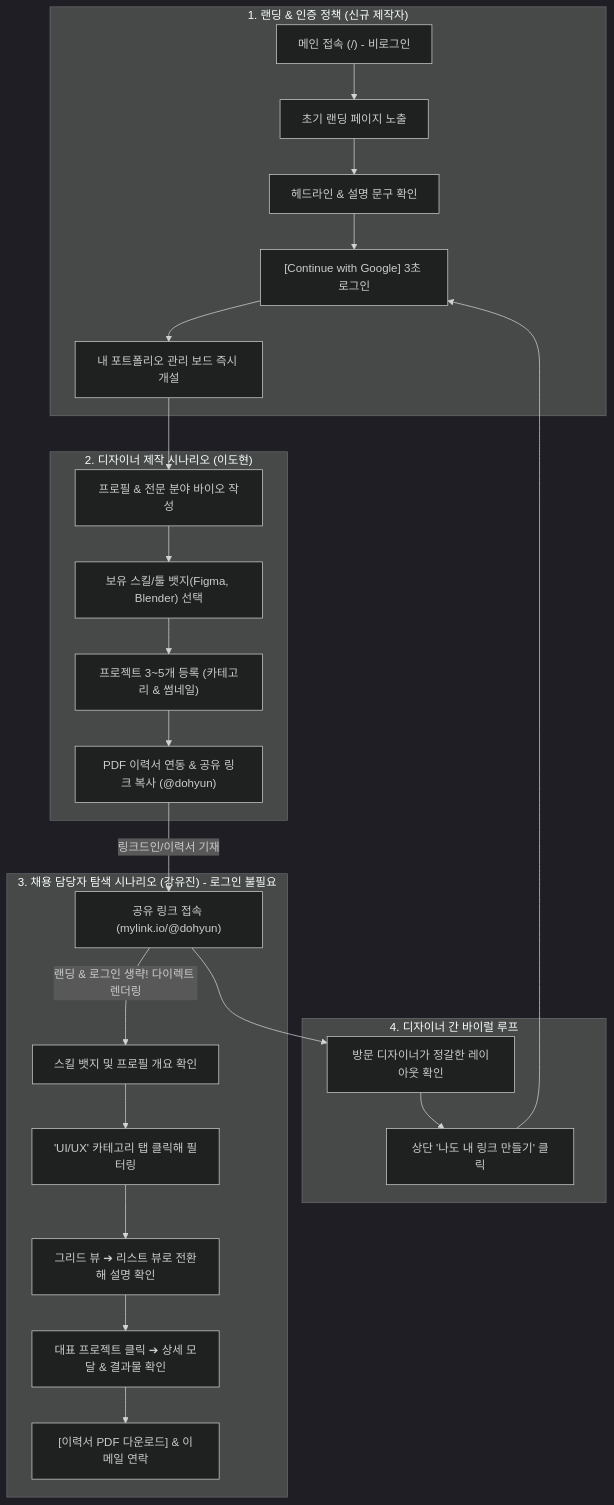
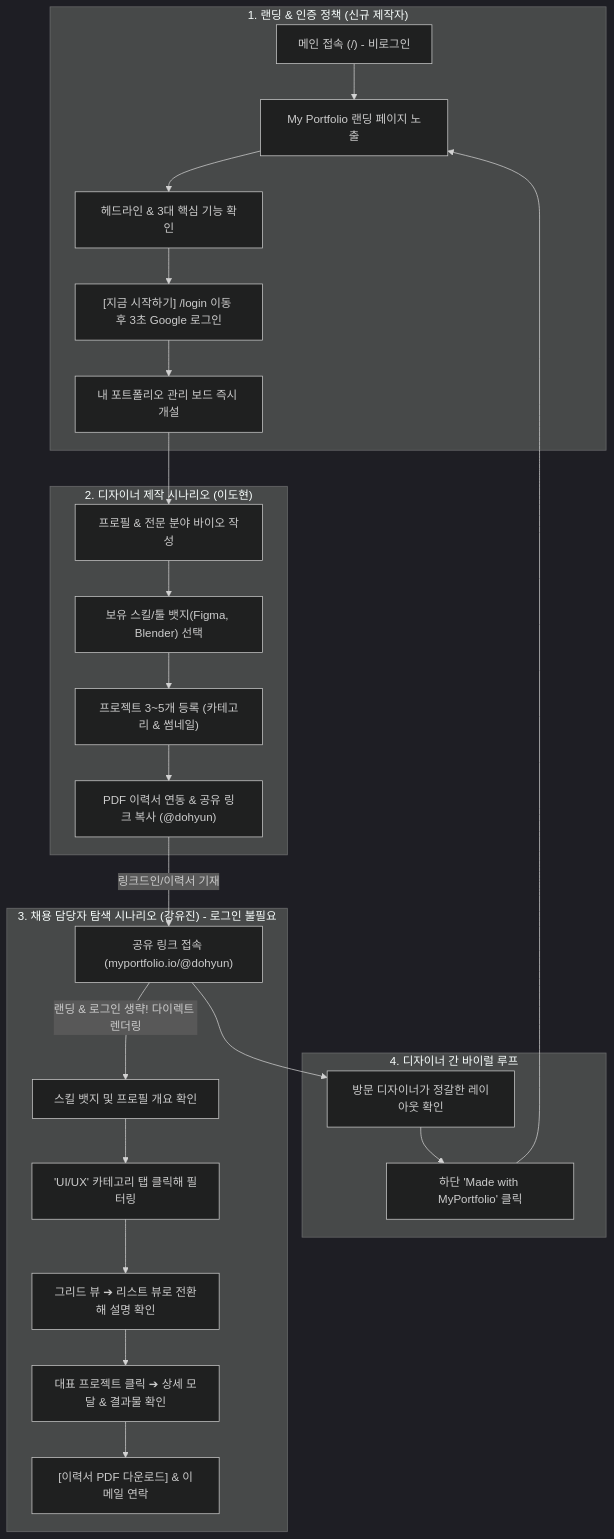
The diagram in docs/PRD_mylink.md (nxjiwxx/my-link-2026), drawn with Mermaid (dark theme) before and after one commit. The commit also changed other lines of this file and 37 other files, not shown here.

````diff
--- a/docs/PRD_mylink.md
+++ b/docs/PRD_mylink.md
@@ -40,32 +40,32 @@
 ```mermaid
 flowchart TD
     subgraph LandingAndAuth["1. 랜딩 & 인증 정책 (신규 제작자)"]
-        L0["메인 접속 (/) - 비로그인"] --> L1["초기 랜딩 페이지 노출"]
-        L1 --> L2["헤드라인 & 설명 문구 확인"]
-        L2 --> L3["[Continue with Google] 3초 로그인"]
+        L0["메인 접속 (/) - 비로그인"] --> L1["My Portfolio 랜딩 페이지 노출"]
+        L1 --> L2["헤드라인 & 3대 핵심 기능 확인"]
+        L2 --> L3["[지금 시작하기] /login 이동 후 3초 Google 로그인"]
         L3 --> D1["내 포트폴리오 관리 보드 즉시 개설"]
     end
 
     subgraph DesignerOnboarding["2. 디자이너 제작 시나리오 (이도현)"]
         D1 --> D2["프로필 & 전문 분야 바이오 작성"]
         D2 --> D3["보유 스킬/툴 뱃지(Figma, Blender) 선택"]
         D3 --> D4["프로젝트 3~5개 등록 (카테고리 & 썸네일)"]
         D4 --> D5["PDF 이력서 연동 & 공유 링크 복사 (@dohyun)"]
     end
 
     subgraph RecruiterExploration["3. 채용 담당자 탐색 시나리오 (강유진) - 로그인 불필요"]
-        R1["공유 링크 접속 (mylink.io/@dohyun)"] -->|랜딩 & 로그인 생략! 다이렉트 렌더링| R2["스킬 뱃지 및 프로필 개요 확인"]
+        R1["공유 링크 접속 (myportfolio.io/@dohyun)"] -->|랜딩 & 로그인 생략! 다이렉트 렌더링| R2["스킬 뱃지 및 프로필 개요 확인"]
         R2 --> R3["'UI/UX' 카테고리 탭 클릭해 필터링"]
         R3 --> R4["그리드 뷰 ➔ 리스트 뷰로 전환해 설명 확인"]
         R4 --> R5["대표 프로젝트 클릭 ➔ 상세 모달 & 결과물 확인"]
         R5 --> R6["[이력서 PDF 다운로드] & 이메일 연락"]
     end
 
     subgraph ViralGrowth["4. 디자이너 간 바이럴 루프"]
-        V1["방문 디자이너가 정갈한 레이아웃 확인"] --> V2["상단 '나도 내 링크 만들기' 클릭"]
-        V2 --> L3
+        V1["방문 디자이너가 정갈한 레이아웃 확인"] --> V2["하단 'Made with MyPortfolio' 클릭"]
+        V2 --> L1
     end
 
     D5 -->|링크드인/이력서 기재| R1
     R1 --> V1
 ```
````
